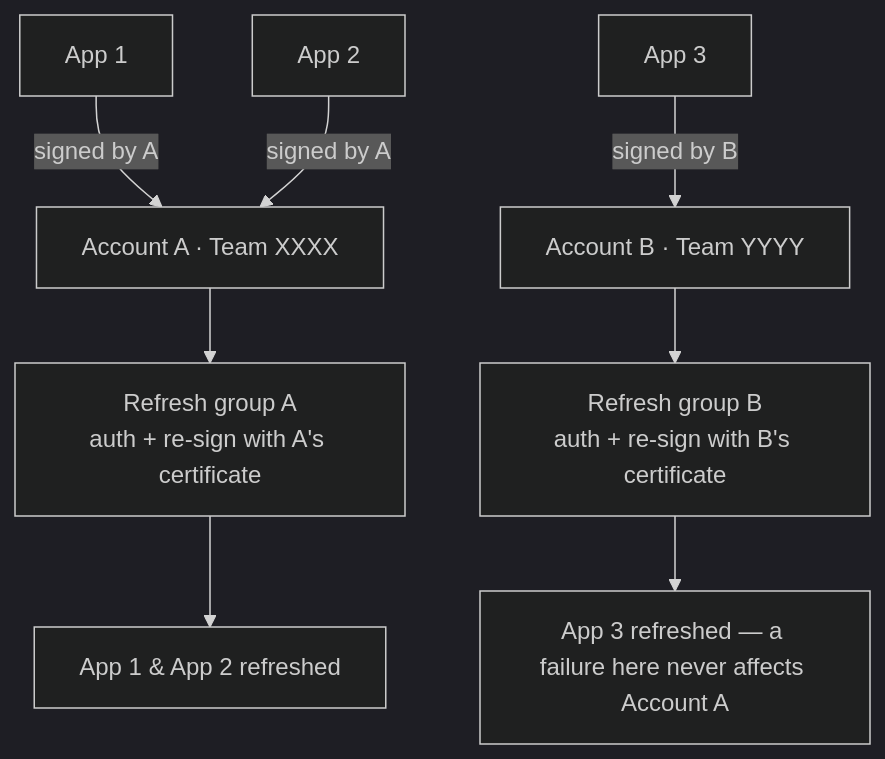
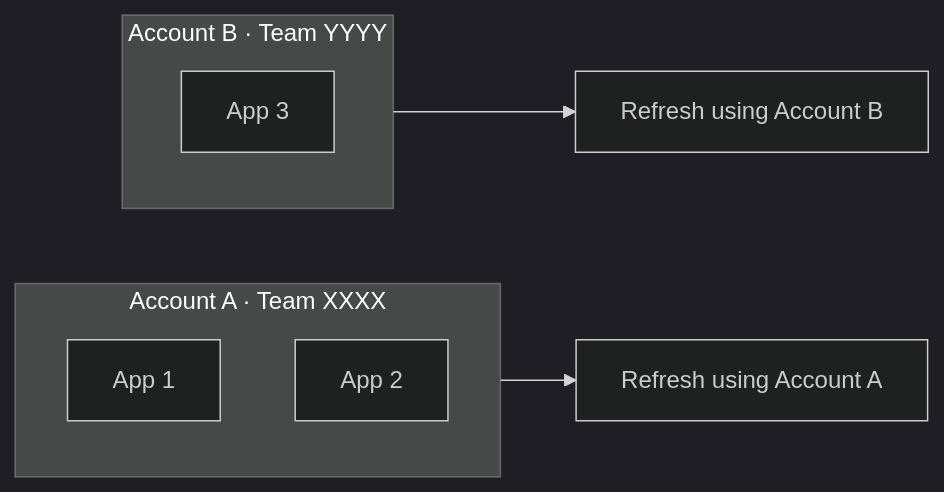
The diagram in README.md (lungustefan/MultiStore), drawn with Mermaid (dark theme) before and after one commit. The commit also changed other lines of this file, not shown here.

Commit message:
docs: final README polish — badge order, account-first diagram, audience line, FAQ
- Reorder badges: release, CI, license, iOS, Swift, fork.
- Add a one-line 'who it's for' sentence up top.
- Redraw the Mermaid diagram to emphasize account grouping (subgraphs) over apps.
- 'ships under its own bundle identifier'; italicize 'multi-account signing layer'; shorten the
  first What's-different bullet.
- CI section notes every push/PR is built by GitHub Actions.
- FAQ: add 'Why multiple Apple IDs instead of one paid Developer account?'

````diff
--- a/README.md
+++ b/README.md
@@ -52,10 +54,12 @@
 ```mermaid
-flowchart TD
-    App1["App 1"] -->|signed by A| A["Account A · Team XXXX"]
-    App2["App 2"] -->|signed by A| A
-    App3["App 3"] -->|signed by B| B["Account B · Team YYYY"]
-    A --> RA["Refresh group A<br/>auth + re-sign with A's certificate"]
-    B --> RB["Refresh group B<br/>auth + re-sign with B's certificate"]
-    RA --> OA["App 1 &amp; App 2 refreshed"]
-    RB --> OB["App 3 refreshed — a failure here never affects Account A"]
+flowchart LR
+    subgraph A["Account A · Team XXXX"]
+        A1["App 1"]
+        A2["App 2"]
+    end
+    subgraph B["Account B · Team YYYY"]
+        B1["App 3"]
+    end
+    A --> RA["Refresh using Account A"]
+    B --> RB["Refresh using Account B"]
 ```
````
